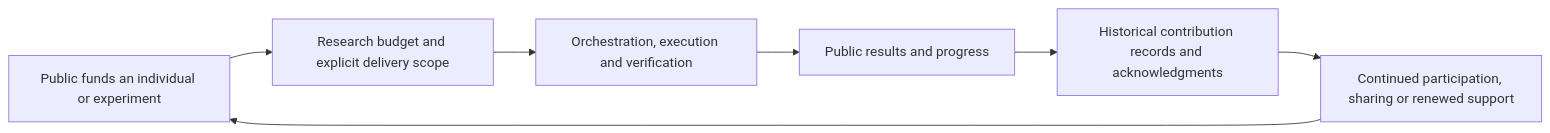
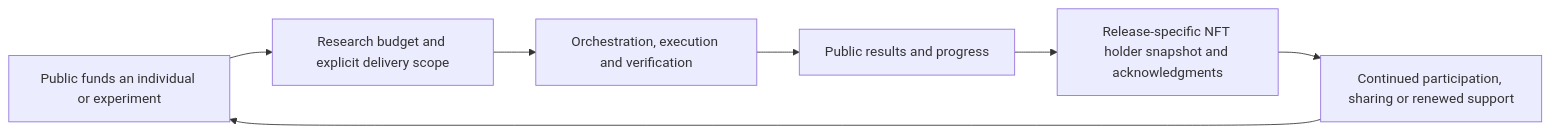
The second of 2 diagrams in docs/WHITEPAPER.md (jianmliu/aigg-bnb), drawn with Mermaid before and after one commit. The commit also changed other lines of this file and 4 other files, not shown here.

Commit message:
docs: simplify research acknowledgments to NFT holder snapshots

````diff
--- a/docs/WHITEPAPER.md
+++ b/docs/WHITEPAPER.md
@@ -196,9 +196,9 @@
 ```mermaid
 flowchart LR
     A[Public funds an individual or experiment] --> B[Research budget and explicit delivery scope]
     B --> C[Orchestration, execution and verification]
     C --> D[Public results and progress]
-    D --> E[Historical contribution records and acknowledgments]
+    D --> E[Release-specific NFT holder snapshot and acknowledgments]
     E --> F[Continued participation, sharing or renewed support]
     F --> A
 ```
````
